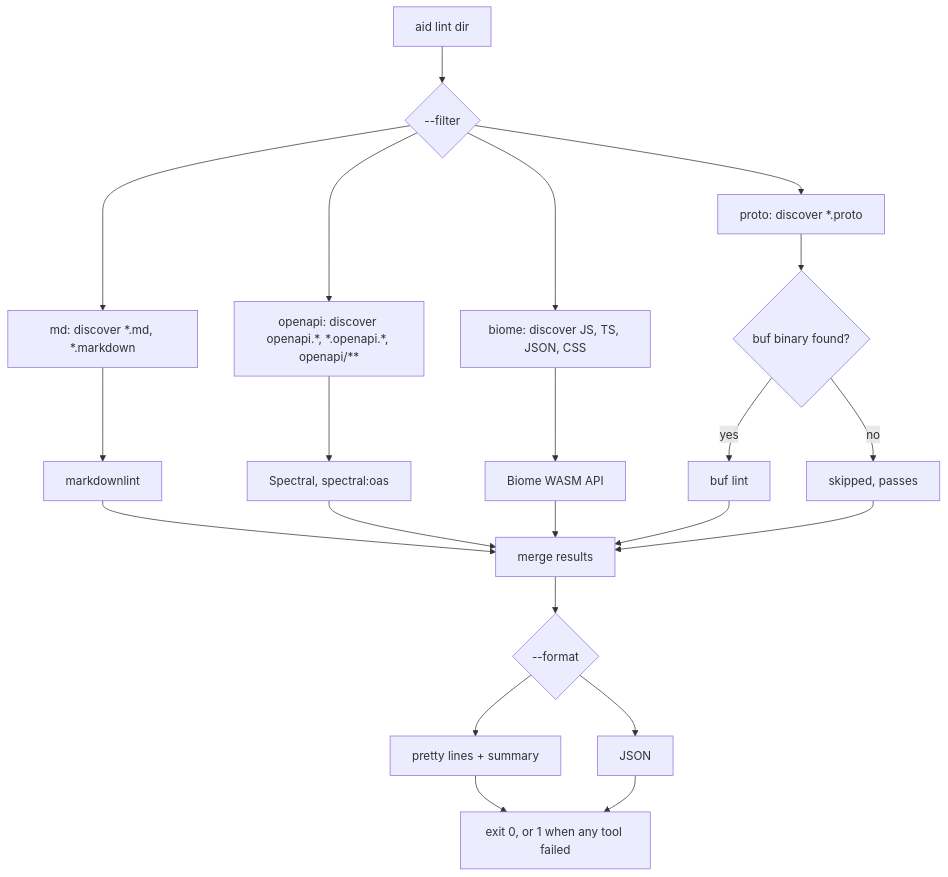
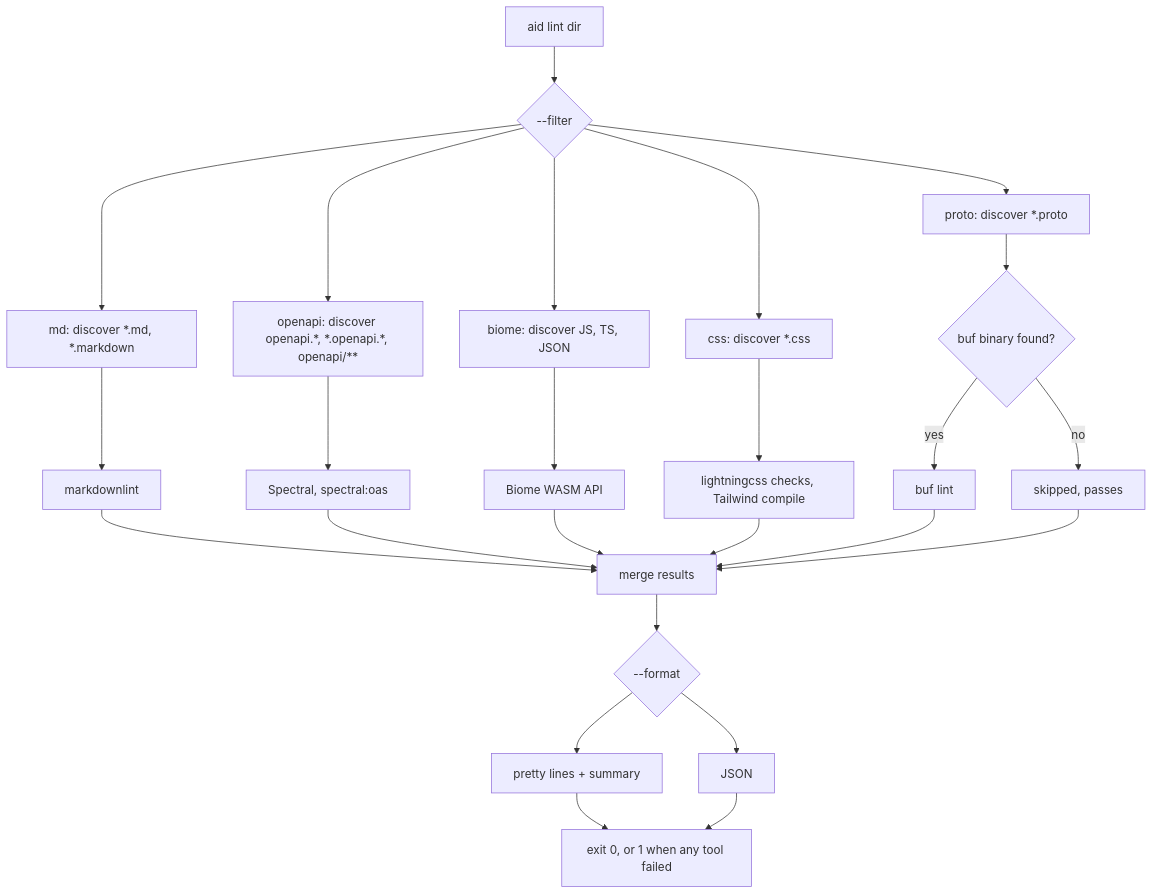
One commit to Shikachuu/aid changed the diagram in site/docs/linting/index.md. Above: the diagram before and after it, drawn with Mermaid. The commit also changed other lines of this file and 25 other files, not shown here.

First line of the commit message:
feat: add a css lint tool built on lightningcss and tailwind

````diff
--- a/site/docs/linting/index.md
+++ b/site/docs/linting/index.md
@@ -59,24 +60,27 @@
 ```mermaid
 flowchart TD
   A["aid lint dir"] --> F{"--filter"}
   F --> MD["md: discover *.md, *.markdown"]
   F --> OA["openapi: discover openapi.*, *.openapi.*, openapi/**"]
-  F --> BI["biome: discover JS, TS, JSON, CSS"]
+  F --> BI["biome: discover JS, TS, JSON"]
+  F --> CS["css: discover *.css"]
   F --> PR["proto: discover *.proto"]
   MD --> MDL["markdownlint"]
   OA --> SP["Spectral, spectral:oas"]
   BI --> BW["Biome WASM API"]
+  CS --> LC["lightningcss checks, Tailwind compile"]
   PR --> BUF{"buf binary found?"}
   BUF -- yes --> BL["buf lint"]
   BUF -- no --> SK["skipped, passes"]
   MDL --> R["merge results"]
   SP --> R
   BW --> R
+  LC --> R
   BL --> R
   SK --> R
   R --> O{"--format"}
   O --> PP["pretty lines + summary"]
   O --> JS["JSON"]
   PP --> X["exit 0, or 1 when any tool failed"]
   JS --> X
 ```
````
